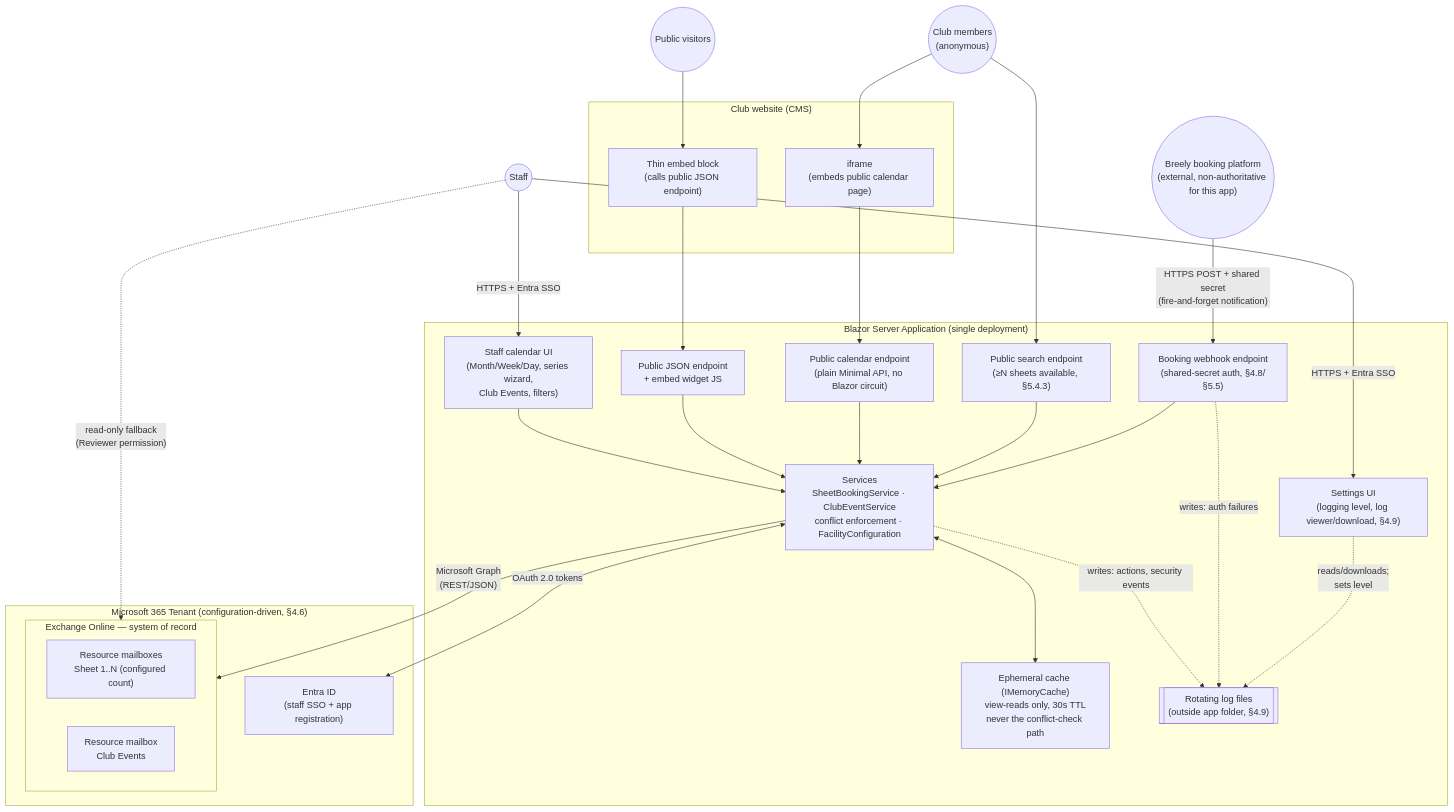
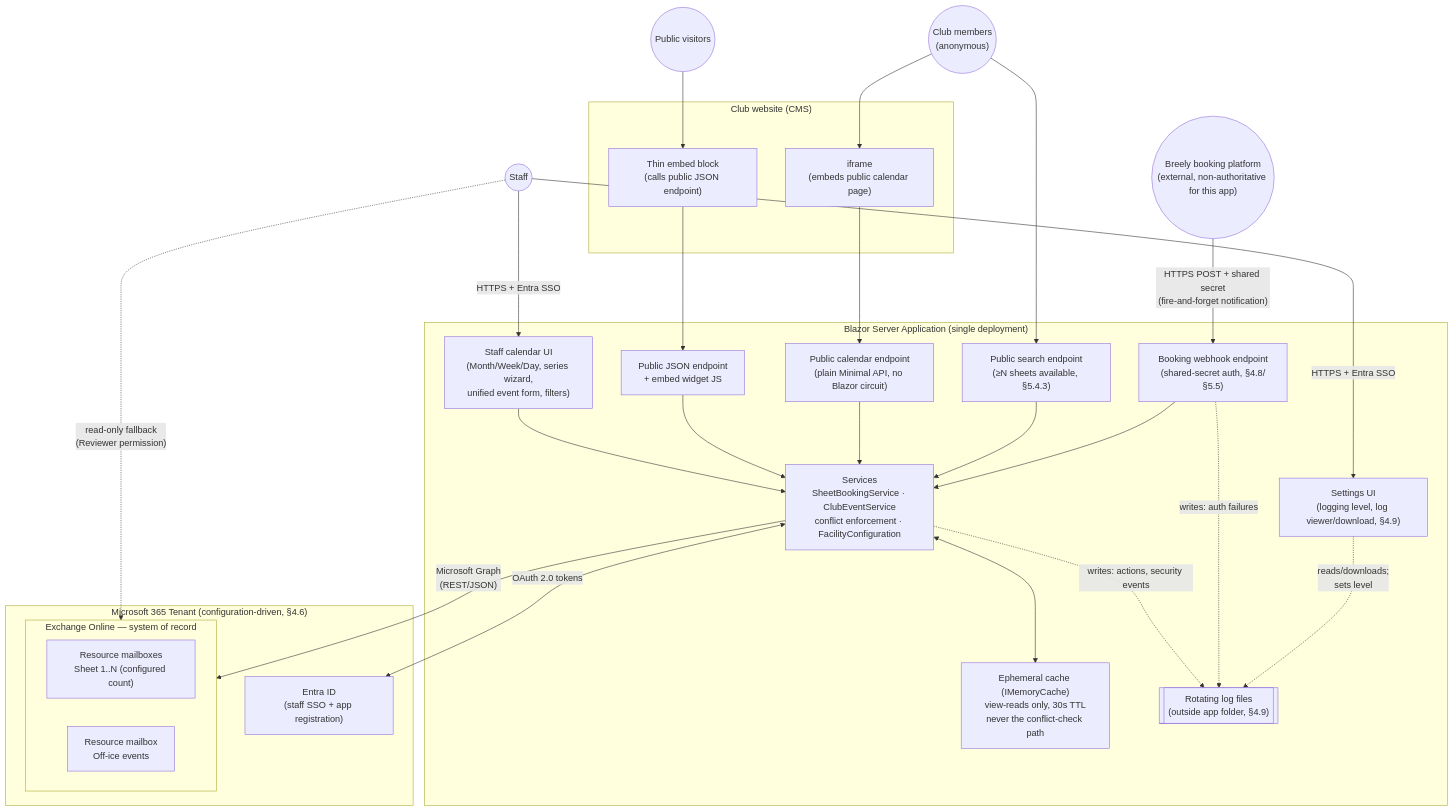
The diagram in docs/curling-facility-scheduling-architecture.md (canthe64/Club_Calendar), drawn with Mermaid before and after one commit. The commit also changed other lines of this file and 1 other file, not shown here.

````diff
--- a/docs/curling-facility-scheduling-architecture.md
+++ b/docs/curling-facility-scheduling-architecture.md
@@ -77,51 +77,51 @@
 ```mermaid
 flowchart TB
     subgraph M365 ["Microsoft 365 Tenant (configuration-driven, §4.6)"]
         EID["Entra ID<br/>(staff SSO + app registration)"]
         subgraph EXO ["Exchange Online — system of record"]
             SN["Resource mailboxes<br/>Sheet 1..N (configured count)"]
-            CE["Resource mailbox<br/>Club Events"]
+            CE["Resource mailbox<br/>Off-ice events"]
         end
     end
 
     subgraph App ["Blazor Server Application (single deployment)"]
-        UI["Staff calendar UI<br/>(Month/Week/Day, series wizard,<br/>Club Events, filters)"]
+        UI["Staff calendar UI<br/>(Month/Week/Day, series wizard,<br/>unified event form, filters)"]
         API["Services<br/>SheetBookingService · ClubEventService<br/>conflict enforcement · FacilityConfiguration"]
         CACHE["Ephemeral cache (IMemoryCache)<br/>view-reads only, 30s TTL<br/>never the conflict-check path"]
         PUBAPI["Public JSON endpoint<br/>+ embed widget JS"]
         PUBCAL["Public calendar endpoint<br/>(plain Minimal API, no Blazor circuit)"]
         PUBSEARCH["Public search endpoint<br/>(≥N sheets available, §5.4.3)"]
         WEBHOOK["Booking webhook endpoint<br/>(shared-secret auth, §4.8/§5.5)"]
         SETTINGS["Settings UI<br/>(logging level, log viewer/download, §4.9)"]
         LOG[["Rotating log files<br/>(outside app folder, §4.9)"]]
     end
 
     subgraph Web ["Club website (CMS)"]
         EMBED["Thin embed block<br/>(calls public JSON endpoint)"]
         IFRAME["iframe<br/>(embeds public calendar page)"]
     end
 
     BREELY(("Breely booking platform<br/>(external, non-authoritative for this app)"))
 
     STAFF(("Staff")) -->|"HTTPS + Entra SSO"| UI
     STAFF -->|"HTTPS + Entra SSO"| SETTINGS
     MEMBER(("Club members<br/>(anonymous)")) --> IFRAME
     MEMBER --> PUBSEARCH
     ANON(("Public visitors")) --> EMBED
     STAFF -.->|"read-only fallback<br/>(Reviewer permission)"| EXO
     BREELY -->|"HTTPS POST + shared secret<br/>(fire-and-forget notification)"| WEBHOOK
 
     UI --> API
     API <--> CACHE
     API -->|"Microsoft Graph<br/>(REST/JSON)"| EXO
     API <-->|"OAuth 2.0 tokens"| EID
     EMBED --> PUBAPI
     IFRAME --> PUBCAL
     PUBAPI --> API
     PUBCAL --> API
     PUBSEARCH --> API
     WEBHOOK --> API
     API -.->|"writes: actions, security events"| LOG
     WEBHOOK -.->|"writes: auth failures"| LOG
     SETTINGS -.->|"reads/downloads;<br/>sets level"| LOG
 ```
````
